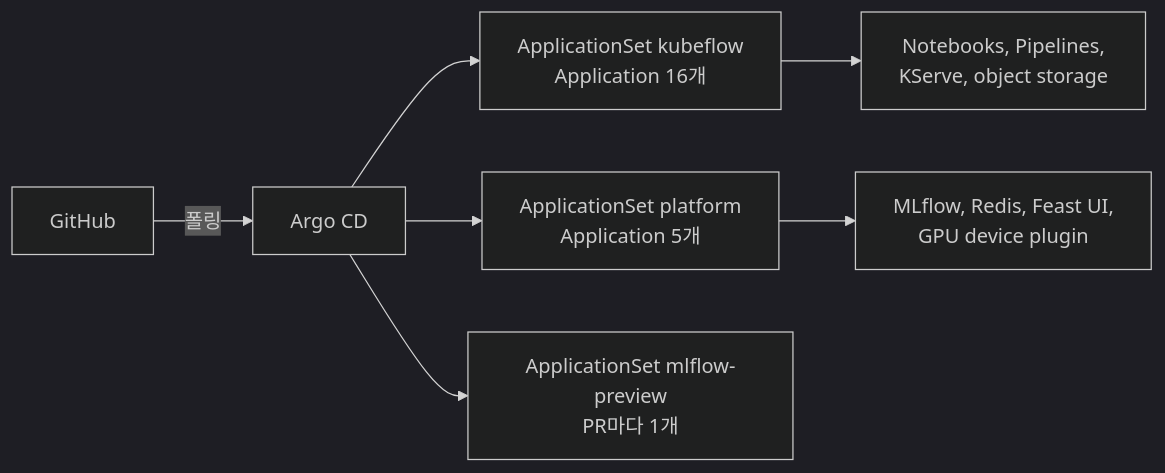
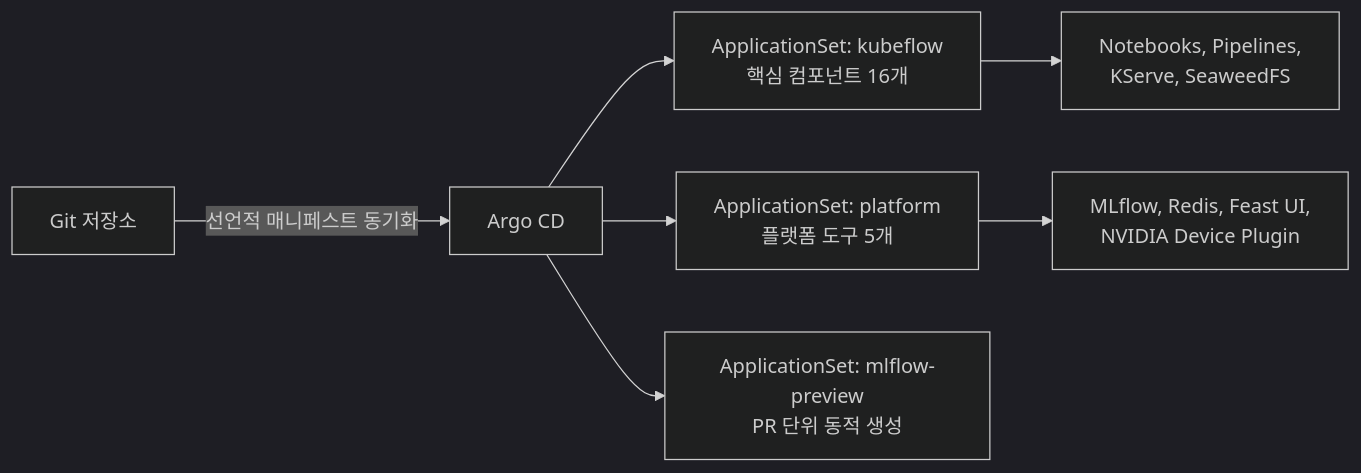
Before and after one commit to choisungwook/portfolio: the diagram in mlops/ml-platform-engineering-part2/docs/2-lab0-platform-install.md, drawn with Mermaid (dark theme). The commit also changed other lines of this file and 16 other files, not shown here.

````diff
--- a/mlops/ml-platform-engineering-part2/docs/2-lab0-platform-install.md
+++ b/mlops/ml-platform-engineering-part2/docs/2-lab0-platform-install.md
@@ -29,9 +32,9 @@
 ```mermaid
 flowchart LR
-  Git[GitHub] -->|폴링| AC[Argo CD]
-  AC --> KF[ApplicationSet kubeflow<br/>Application 16개]
-  AC --> PL[ApplicationSet platform<br/>Application 5개]
-  AC --> PV[ApplicationSet mlflow-preview<br/>PR마다 1개]
-  KF --> K1[Notebooks, Pipelines,<br/>KServe, object storage]
-  PL --> P1[MLflow, Redis, Feast UI,<br/>GPU device plugin]
+  Git[Git 저장소] -->|선언적 매니페스트 동기화| AC[Argo CD]
+  AC --> KF[ApplicationSet: kubeflow<br/>핵심 컴포넌트 16개]
+  AC --> PL[ApplicationSet: platform<br/>플랫폼 도구 5개]
+  AC --> PV[ApplicationSet: mlflow-preview<br/>PR 단위 동적 생성]
+  KF --> K1[Notebooks, Pipelines,<br/>KServe, SeaweedFS]
+  PL --> P1[MLflow, Redis, Feast UI,<br/>NVIDIA Device Plugin]
 ```
````
